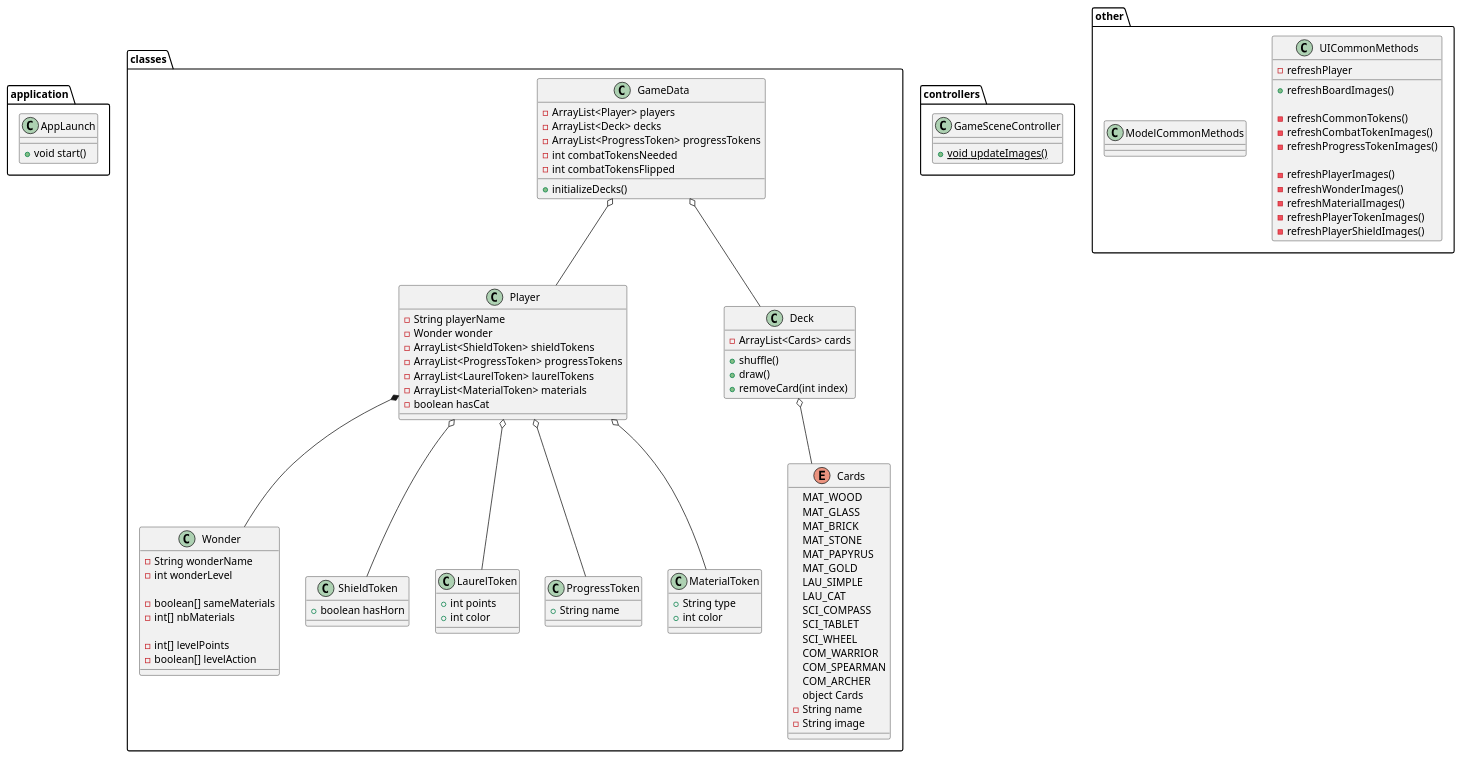
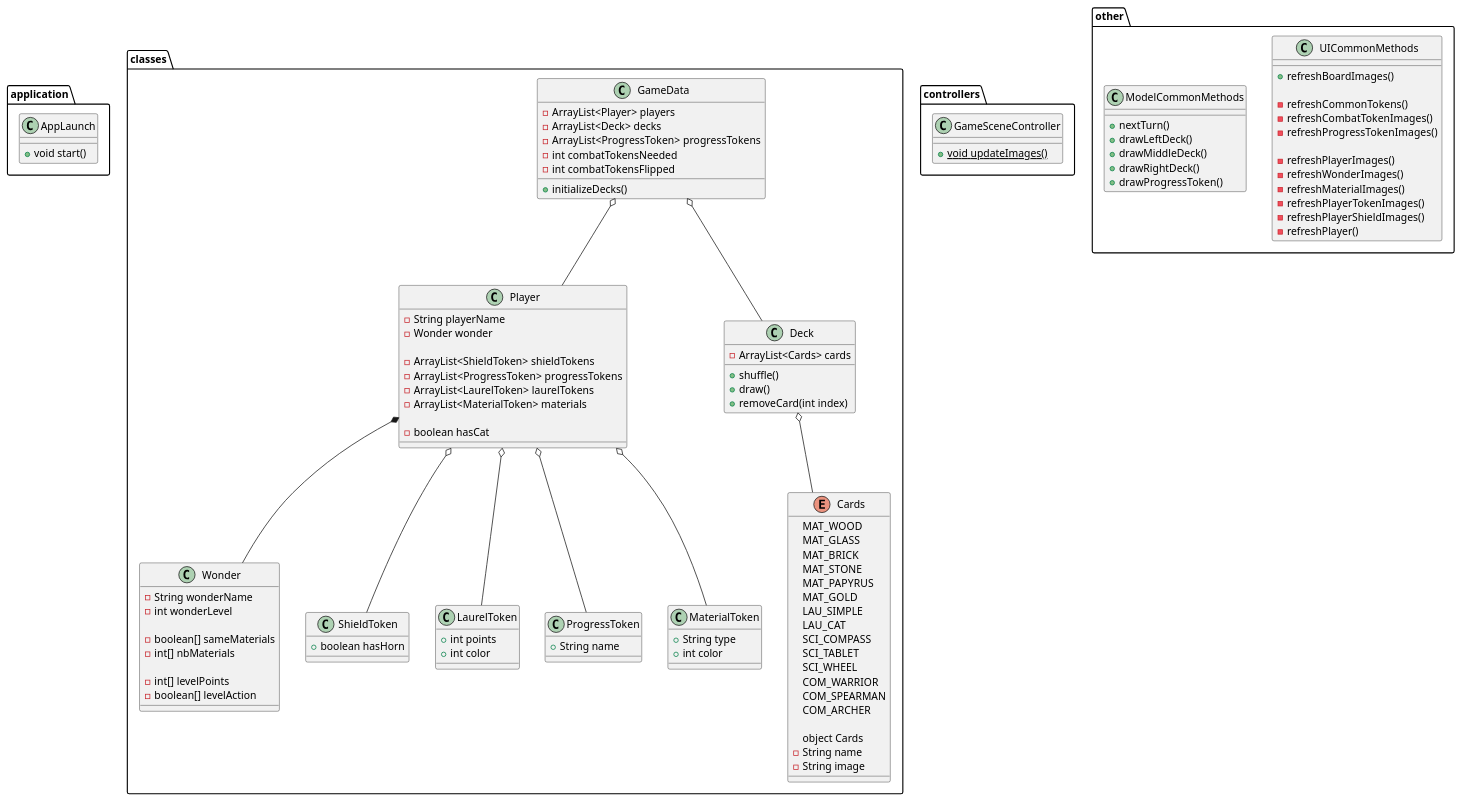
One commit to LeCarnotzetVeveysan/GameSevenWondersArchitect changed the diagram in src/main/resources/other/7WUML.puml. Above: the diagram before and after it, drawn with PlantUML.

Commit message:
Adding next turn methods

```diff
--- a/src/main/resources/other/7WUML.puml
+++ b/src/main/resources/other/7WUML.puml
@@ -1,135 +1,142 @@
 @startuml
 'https://plantuml.com/class-diagram
 
 package application {
 
     class AppLaunch {
         + void start()
     }
 
 }
 
 package classes {
     class GameData {
         - ArrayList<Player> players
         - ArrayList<Deck> decks
         - ArrayList<ProgressToken> progressTokens
         - int combatTokensNeeded
         - int combatTokensFlipped
         + initializeDecks()
     }
 
     class Player {
         - String playerName
         - Wonder wonder
+
         - ArrayList<ShieldToken> shieldTokens
         - ArrayList<ProgressToken> progressTokens
         - ArrayList<LaurelToken> laurelTokens
         - ArrayList<MaterialToken> materials
+
         - boolean hasCat
     }
 
     class Wonder {
         - String wonderName
         - int wonderLevel
 
         - boolean[] sameMaterials
         - int[] nbMaterials
 
         - int[] levelPoints
         - boolean[] levelAction
     }
 
     enum Cards {
         MAT_WOOD
         MAT_GLASS
         MAT_BRICK
         MAT_STONE
         MAT_PAPYRUS
         MAT_GOLD
         LAU_SIMPLE
         LAU_CAT
         SCI_COMPASS
         SCI_TABLET
         SCI_WHEEL
         COM_WARRIOR
         COM_SPEARMAN
         COM_ARCHER
+
         object Cards
         - String name
         - String image
     }
 
     class Deck {
         - ArrayList<Cards> cards
         + shuffle()
         + draw()
         + removeCard(int index)
     }
 
     class ShieldToken {
         + boolean hasHorn
     }
 
     class LaurelToken {
         + int points
         + int color
     }
 
     class ProgressToken {
         + String name
     }
 
     class MaterialToken {
         + String type
         + int color
     }
 
 
 
 }
 
 package controllers {
 
     class GameSceneController {
         + {static} void updateImages()
     }
 
 }
 
 package other {
 
     class UICommonMethods {
         + refreshBoardImages()
 
         - refreshCommonTokens()
         - refreshCombatTokenImages()
         - refreshProgressTokenImages()
 
         - refreshPlayerImages()
         - refreshWonderImages()
         - refreshMaterialImages()
         - refreshPlayerTokenImages()
         - refreshPlayerShieldImages()
-        - refreshPlayer
+        - refreshPlayer()
 
     }
 
     class ModelCommonMethods {
-
+        + nextTurn()
+        + drawLeftDeck()
+        + drawMiddleDeck()
+        + drawRightDeck()
+        + drawProgressToken()
     }
 
 }
 
 
 GameData o-- Player
 GameData o-- Deck
 Deck o-- Cards
 Player *-- Wonder
 Player o-- MaterialToken
 Player o-- ShieldToken
 Player o-- LaurelToken
 Player o-- ProgressToken
 
 
 @enduml
```
